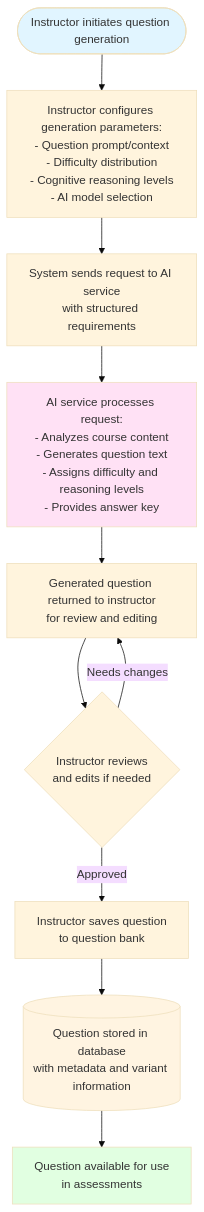
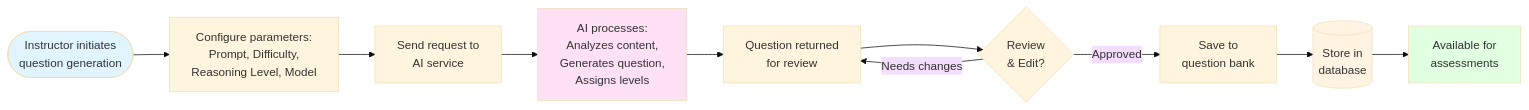
Before and after one commit to EduAI-Lab/Question-Maker: the diagram in docs/diagrams/question-generation-system-overview.md, drawn with Mermaid (base theme).

````diff
--- a/docs/diagrams/question-generation-system-overview.md
+++ b/docs/diagrams/question-generation-system-overview.md
@@ -9,24 +9,24 @@
 ```mermaid
-flowchart TD
-    Start([Instructor initiates question generation]) --> Configure[Instructor configures generation parameters:<br/>- Question prompt/context<br/>- Difficulty distribution<br/>- Cognitive reasoning levels<br/>- AI model selection]
+flowchart LR
+    Start([Instructor initiates<br/>question generation]) --> Configure[Configure parameters:<br/>Prompt, Difficulty,<br/>Reasoning Level, Model]
     
-    Configure --> Generate[System sends request to AI service<br/>with structured requirements]
+    Configure --> Generate[Send request to<br/>AI service]
     
-    Generate --> AIProcessing[AI service processes request:<br/>- Analyzes course content<br/>- Generates question text<br/>- Assigns difficulty and reasoning levels<br/>- Provides answer key]
+    Generate --> AIProcessing[AI processes:<br/>Analyzes content,<br/>Generates question,<br/>Assigns levels]
     
-    AIProcessing --> Review[Generated question returned to instructor<br/>for review and editing]
+    AIProcessing --> Review[Question returned<br/>for review]
     
-    Review --> Edit{Instructor reviews<br/>and edits if needed}
+    Review --> Edit{Review<br/>& Edit?}
     
     Edit -->|Needs changes| Review
-    Edit -->|Approved| Save[Instructor saves question<br/>to question bank]
+    Edit -->|Approved| Save[Save to<br/>question bank]
     
-    Save --> Store[(Question stored in database<br/>with metadata and variant information)]
+    Save --> Store[(Store in<br/>database)]
     
-    Store --> Available[Question available for use<br/>in assessments]
+    Store --> Available[Available for<br/>assessments]
     
     style Start fill:#e1f5ff
     style Store fill:#fff4e1
     style AIProcessing fill:#ffe1f5
     style Available fill:#e1ffe1
 ```
````
